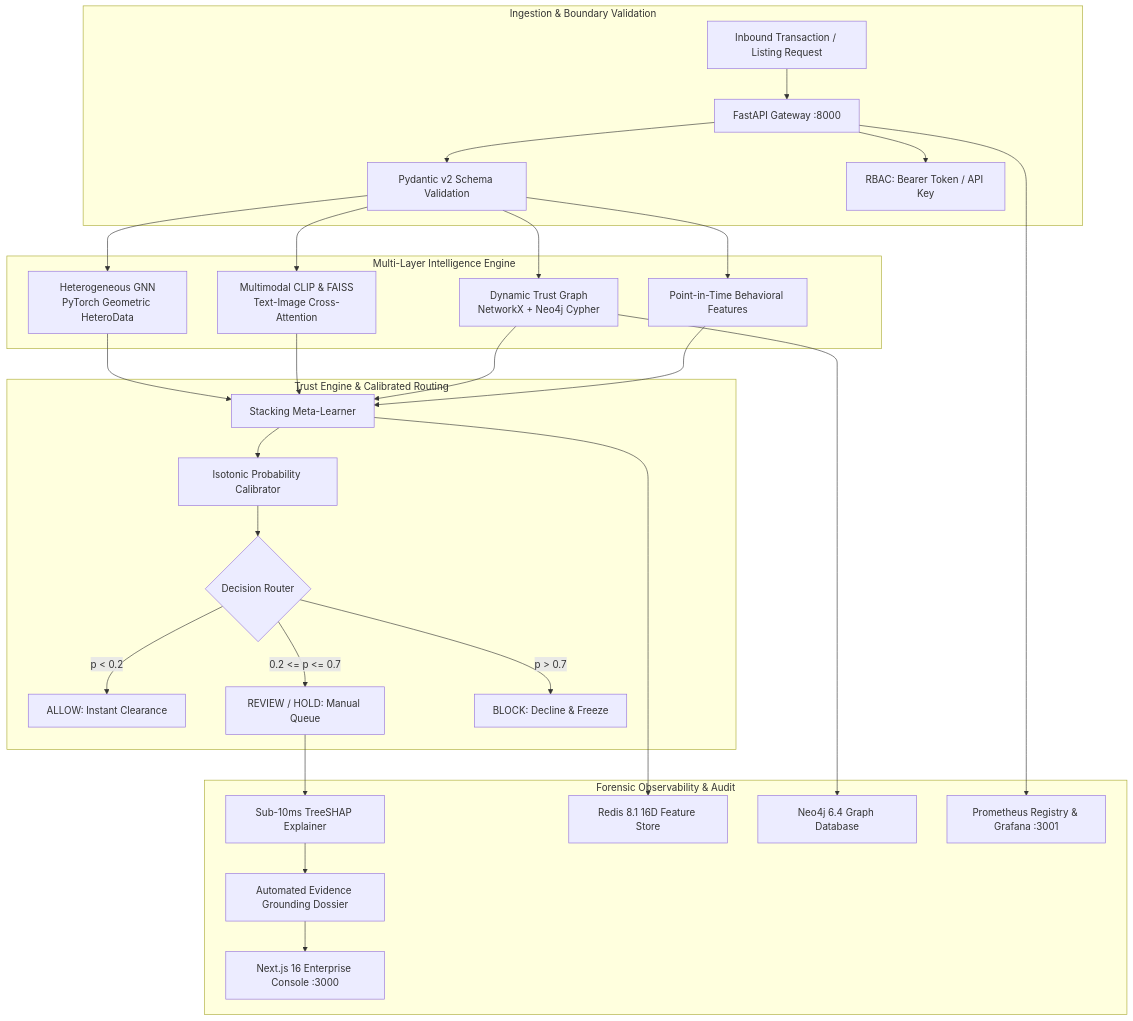
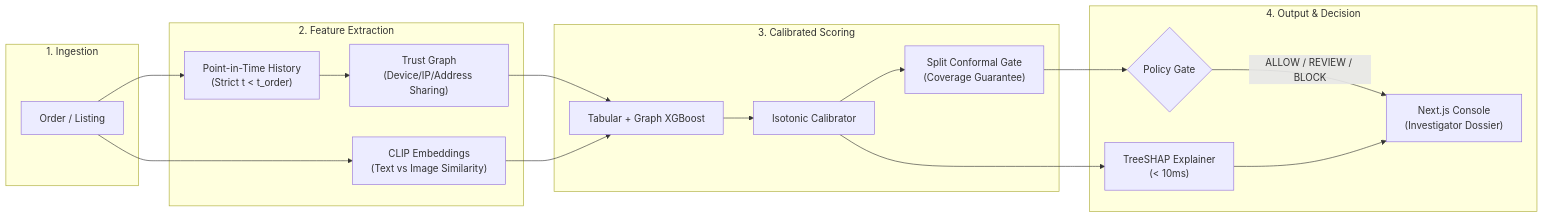
One commit to Rajiv107ai/Trustshield changed the diagram in README.md. Above: the diagram before and after it, drawn with Mermaid. The commit also changed other lines of this file and 67 other files, not shown here.

````diff
--- a/README.md
+++ b/README.md
@@ -72,33 +23,30 @@
 ```mermaid
-flowchart TD
-    subgraph Ingestion["Ingestion & Boundary Validation"]
-        A[Inbound Transaction / Listing Request] --> B[FastAPI Gateway :8000]
-        B --> C[Pydantic v2 Schema Validation]
-        B --> AUTH[RBAC: Bearer Token / API Key]
+flowchart LR
+    subgraph Input ["1. Ingestion"]
+        Tx["Order / Listing"]
     end
 
-    subgraph MultiLayer["Multi-Layer Intelligence Engine"]
-        C --> D[Point-in-Time Behavioral Features]
-        C --> E[Dynamic Trust Graph<br/>NetworkX + Neo4j Cypher]
-        C --> F[Multimodal CLIP & FAISS<br/>Text-Image Cross-Attention]
-        C --> G[Heterogeneous GNN<br/>PyTorch Geometric HeteroData]
+    subgraph Features ["2. Feature Extraction"]
+        PIT["Point-in-Time History<br/>(Strict t < t_order)"]
+        Graph["Trust Graph<br/>(Device/IP/Address Sharing)"]
+        MM["CLIP Embeddings<br/>(Text vs Image Similarity)"]
     end
 
-    subgraph Decision["Trust Engine & Calibrated Routing"]
-        D & E & F & G --> H[Stacking Meta-Learner]
-        H --> I[Isotonic Probability Calibrator]
-        I --> J{Decision Router}
-        J -->|p < 0.2| K[ALLOW: Instant Clearance]
-        J -->|0.2 <= p <= 0.7| L[REVIEW / HOLD: Manual Queue]
-        J -->|p > 0.7| M[BLOCK: Decline & Freeze]
+    subgraph Modeling ["3. Calibrated Scoring"]
+        XGB["Tabular + Graph XGBoost"]
+        Calib["Isotonic Calibrator"]
+        Conf["Split Conformal Gate<br/>(Coverage Guarantee)"]
     end
 
-    subgraph Forensic["Forensic Observability & Audit"]
-        L --> N[Sub-10ms TreeSHAP Explainer]
-        N --> O[Automated Evidence Grounding Dossier]
-        O --> P[Next.js 16 Enterprise Console :3000]
-        H --> Q[Redis 8.1 16D Feature Store]
-        E --> R[Neo4j 6.4 Graph Database]
-        B --> S[Prometheus Registry & Grafana :3001]
+    subgraph Decision ["4. Output & Decision"]
+        Action{"Policy Gate"}
+        SHAP["TreeSHAP Explainer<br/>(< 10ms)"]
+        UI["Next.js Console<br/>(Investigator Dossier)"]
     end
+
+    Tx --> PIT --> Graph
+    Tx --> MM
+    Graph & MM --> XGB --> Calib --> Conf --> Action
+    Action -->|ALLOW / REVIEW / BLOCK| UI
+    Calib --> SHAP --> UI
 ```
````
